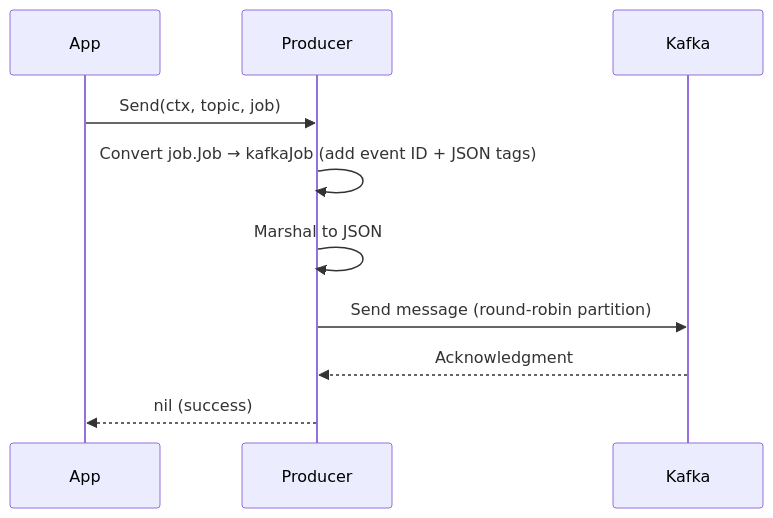
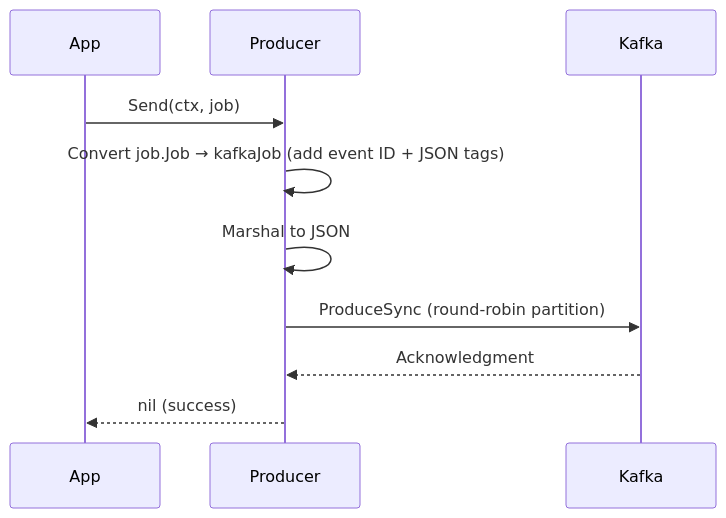
The first of 11 diagrams in kafka/README.md (matmazurk/oidc-keepie), drawn with Mermaid before and after one commit. The commit also changed other lines of this file, not shown here.

Commit message:
update kafka readme

````diff
--- a/kafka/README.md
+++ b/kafka/README.md
@@ -20,13 +23,13 @@
 ```mermaid
 sequenceDiagram
     participant App
     participant Producer
     participant Kafka
 
-    App->>Producer: Send(ctx, topic, job)
+    App->>Producer: Send(ctx, job)
     Producer->>Producer: Convert job.Job → kafkaJob (add event ID + JSON tags)
     Producer->>Producer: Marshal to JSON
-    Producer->>Kafka: Send message (round-robin partition)
+    Producer->>Kafka: ProduceSync (round-robin partition)
     Kafka-->>Producer: Acknowledgment
     Producer-->>App: nil (success)
 ```
````
